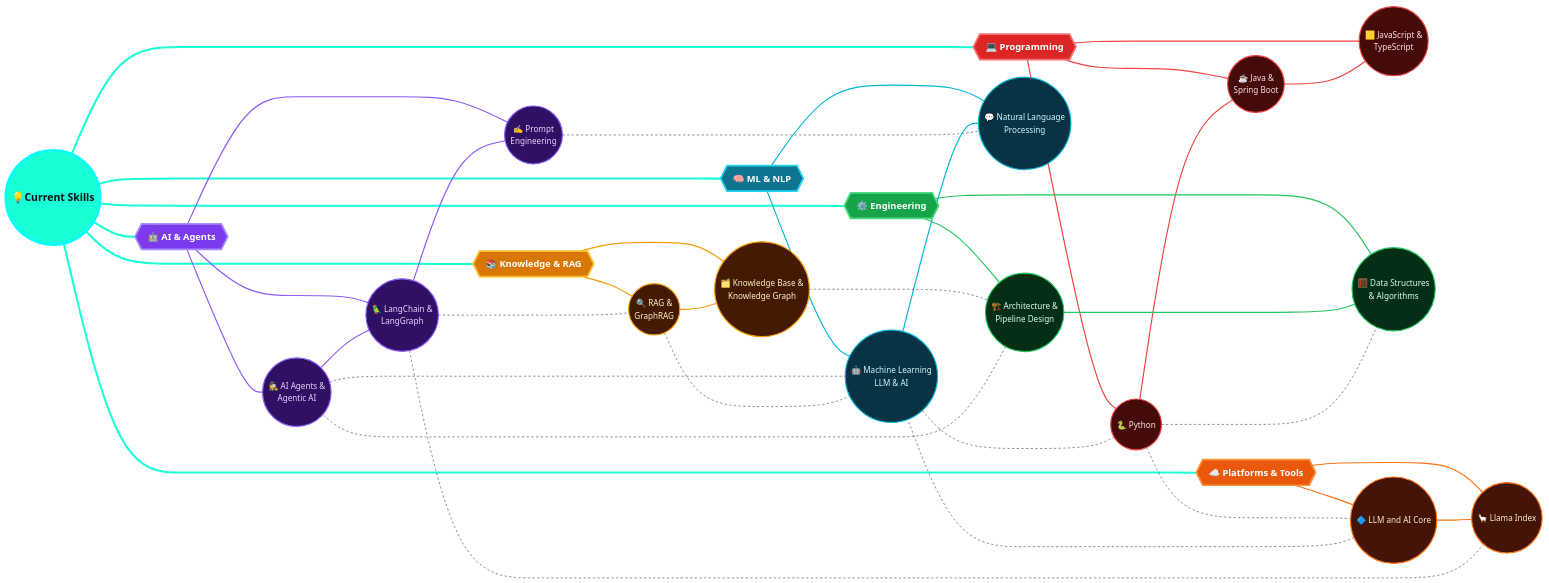
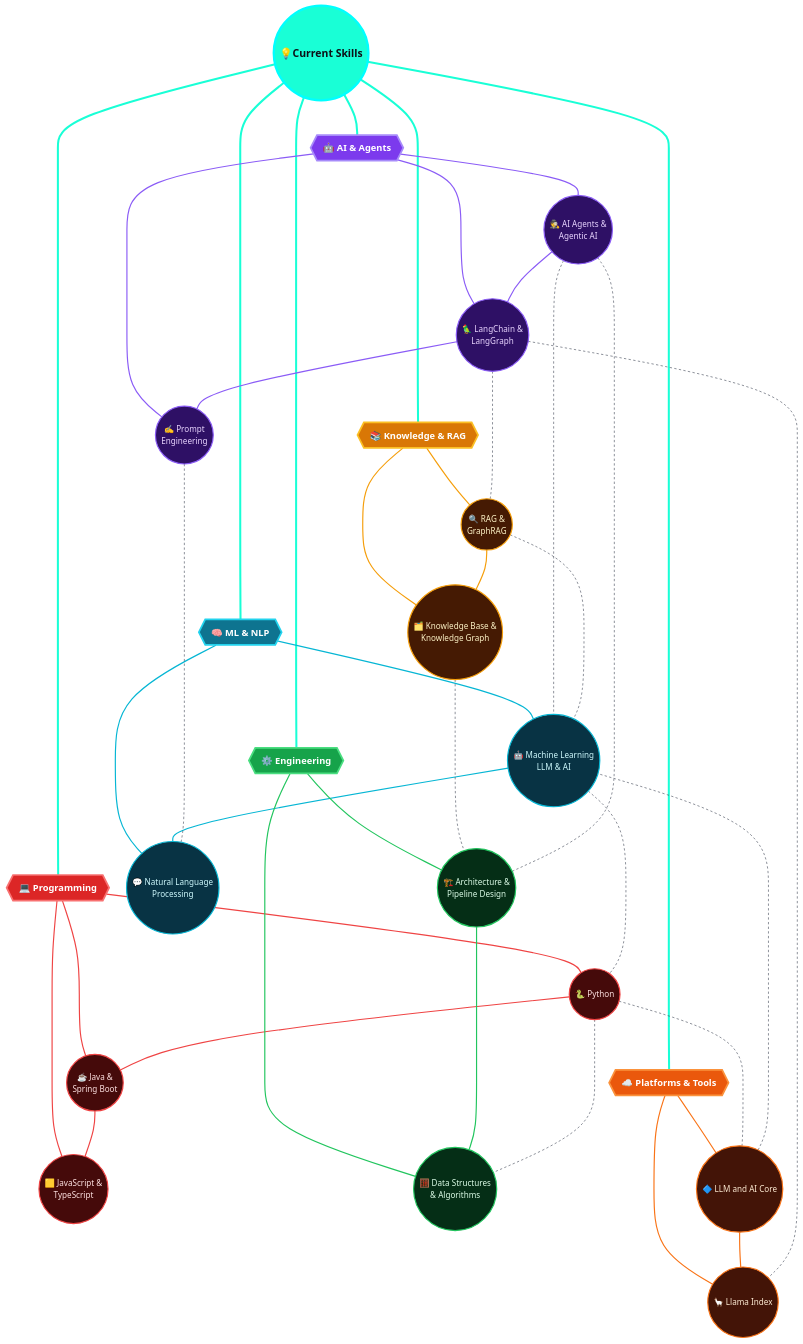
The diagram in README.md (UdaySharmaGitHub/UdaySharmaGitHub), drawn with Mermaid before and after one commit.

````diff
--- a/README.md
+++ b/README.md
@@ -58,6 +58,6 @@
 ```mermaid
 %%{init: {'theme': 'base', 'themeVariables': {'primaryColor': '#0D1117', 'lineColor': '#3B4252', 'textColor': '#E6EDF3', 'fontSize': '16px', 'fontFamily': 'Segoe UI, sans-serif'}, 'flowchart': {'nodeSpacing': 30, 'rankSpacing': 60, 'padding': 20, 'curve': 'basis'}}}%%
-graph LR
+graph TB
     Me(("💡Current Skills"))
 
     %% Tier 1 — Domain Hubs (hexagons)
````
